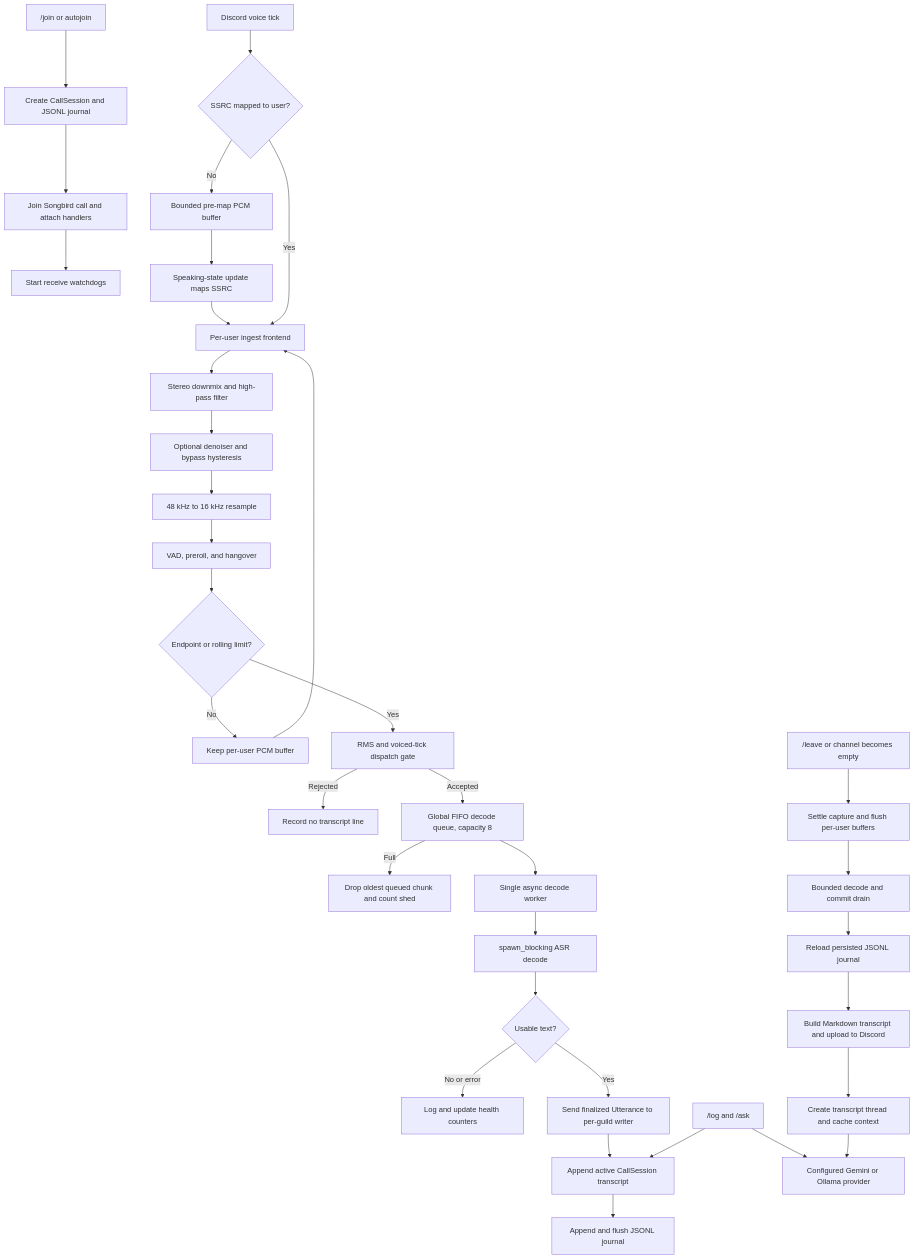
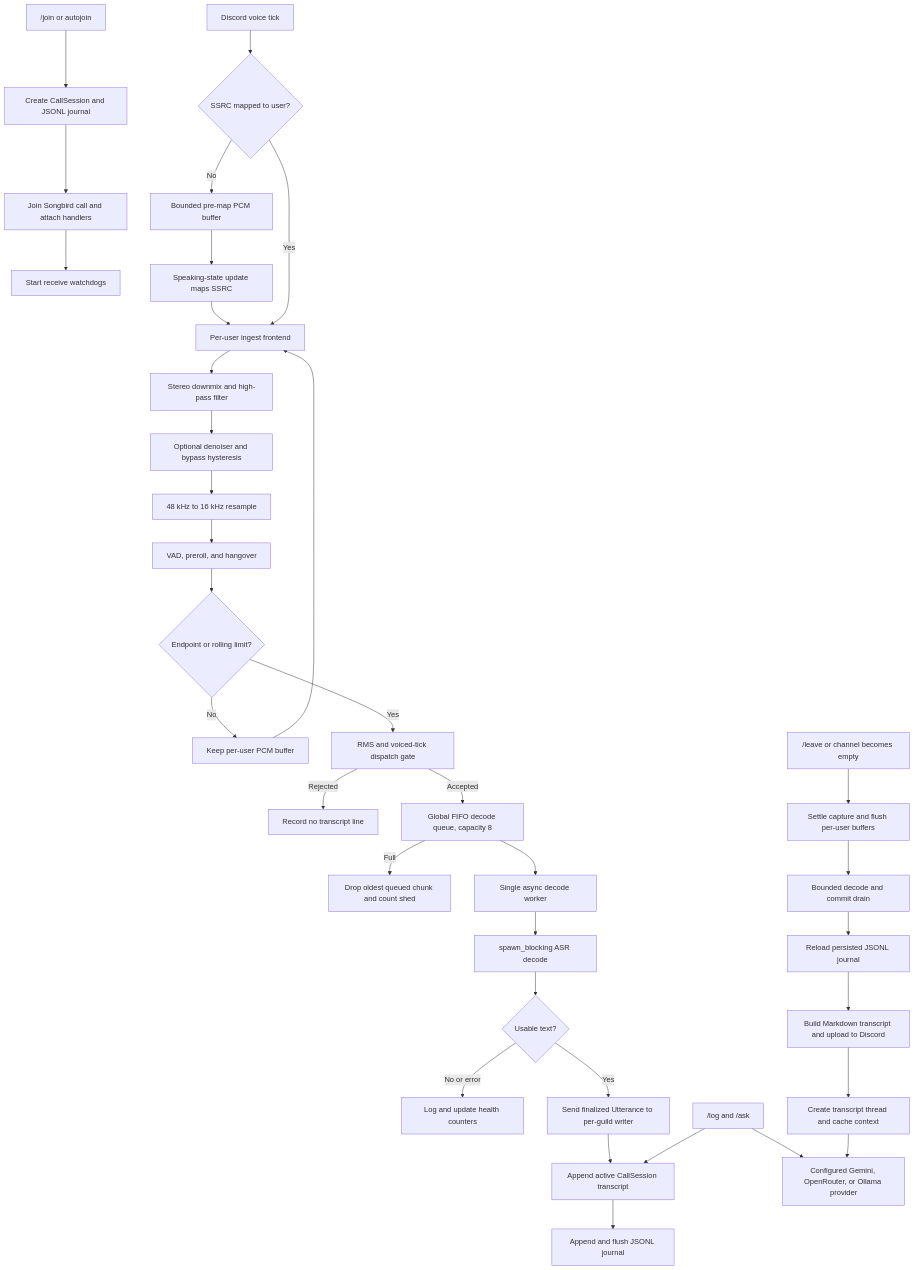
Before and after one commit to t1m0thyj/discord-transcribe-bot: the diagram in ARCHITECTURE.md, drawn with Mermaid. The commit also changed other lines of this file and 9 other files, not shown here.

Commit message:
Add AI provider for OpenRouter

````diff
--- a/ARCHITECTURE.md
+++ b/ARCHITECTURE.md
@@ -15,40 +15,40 @@
 ```mermaid
 flowchart TD
 	Join["/join or autojoin"] --> Start["Create CallSession and JSONL journal"]
 	Start --> Attach["Join Songbird call and attach handlers"]
 	Attach --> Watchdogs["Start receive watchdogs"]
 
 	Discord["Discord voice tick"] --> Ssrc{"SSRC mapped to user?"}
 	Ssrc -- "No" --> PreMap["Bounded pre-map PCM buffer"]
 	PreMap --> MapEvent["Speaking-state update maps SSRC"]
 	MapEvent --> Ingest
 	Ssrc -- "Yes" --> Ingest["Per-user ingest frontend"]
 
 	Ingest --> Downmix["Stereo downmix and high-pass filter"]
 	Downmix --> Denoise["Optional denoiser and bypass hysteresis"]
 	Denoise --> Resample["48 kHz to 16 kHz resample"]
 	Resample --> Vad["VAD, preroll, and hangover"]
 	Vad --> Segment{"Endpoint or rolling limit?"}
 	Segment -- "No" --> Buffer["Keep per-user PCM buffer"]
 	Buffer --> Ingest
 	Segment -- "Yes" --> Gate["RMS and voiced-tick dispatch gate"]
 	Gate -- "Rejected" --> Drop["Record no transcript line"]
 	Gate -- "Accepted" --> Queue["Global FIFO decode queue, capacity 8"]
 	Queue -- "Full" --> Shed["Drop oldest queued chunk and count shed"]
 	Queue --> Worker["Single async decode worker"]
 	Worker --> Blocking["spawn_blocking ASR decode"]
 	Blocking --> Text{"Usable text?"}
 	Text -- "No or error" --> Metrics["Log and update health counters"]
 	Text -- "Yes" --> Commit["Send finalized Utterance to per-guild writer"]
 	Commit --> Memory["Append active CallSession transcript"]
 	Memory --> Journal["Append and flush JSONL journal"]
 
 	Commands["/log and /ask"] --> Memory
-	Commands --> AI["Configured Gemini or Ollama provider"]
+	Commands --> AI["Configured Gemini, OpenRouter, or Ollama provider"]
 	Leave["/leave or channel becomes empty"] --> Flush["Settle capture and flush per-user buffers"]
 	Flush --> Drain["Bounded decode and commit drain"]
 	Drain --> Load["Reload persisted JSONL journal"]
 	Load --> Export["Build Markdown transcript and upload to Discord"]
 	Export --> Thread["Create transcript thread and cache context"]
 	Thread --> AI
 ```
````
